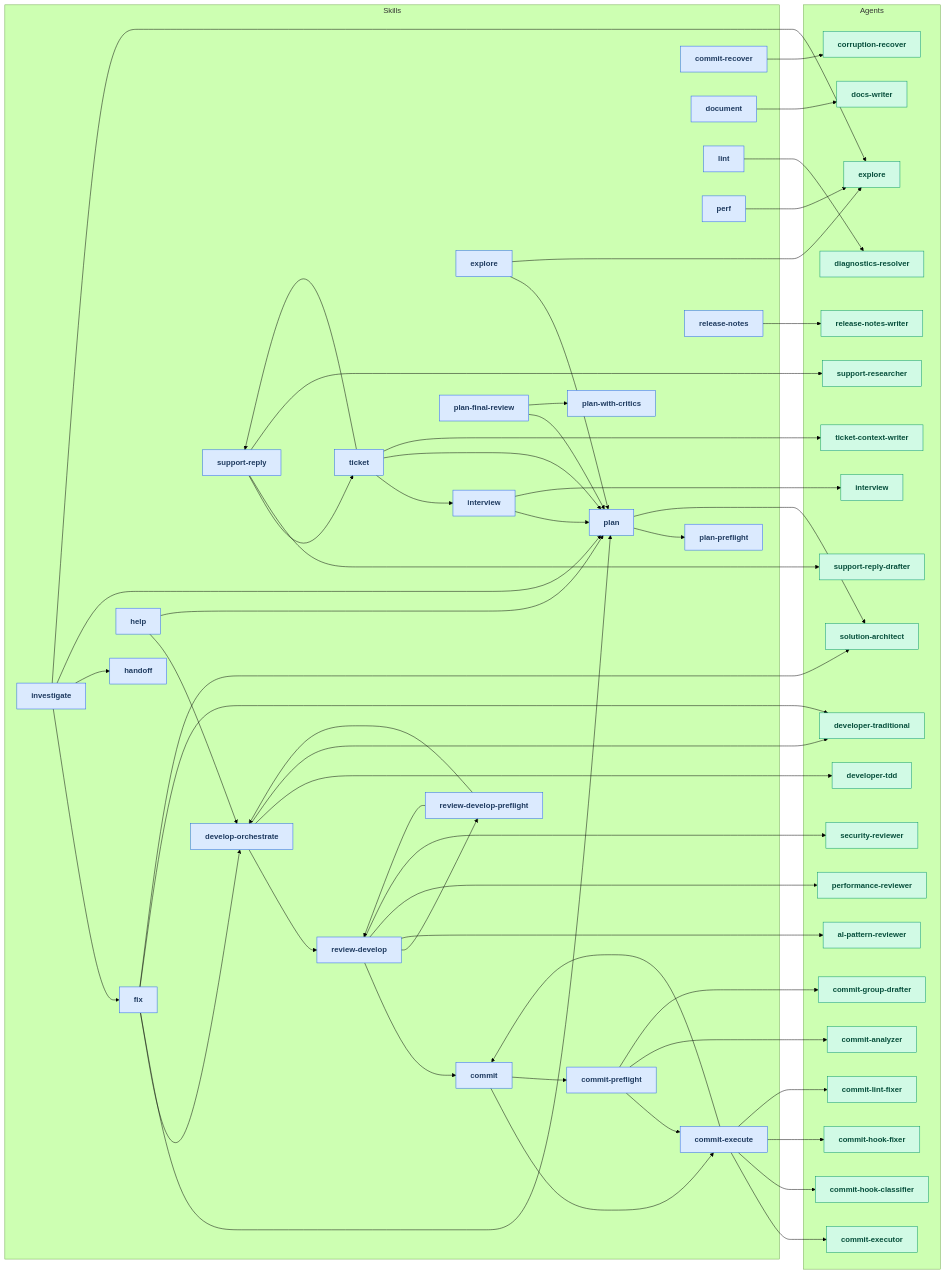
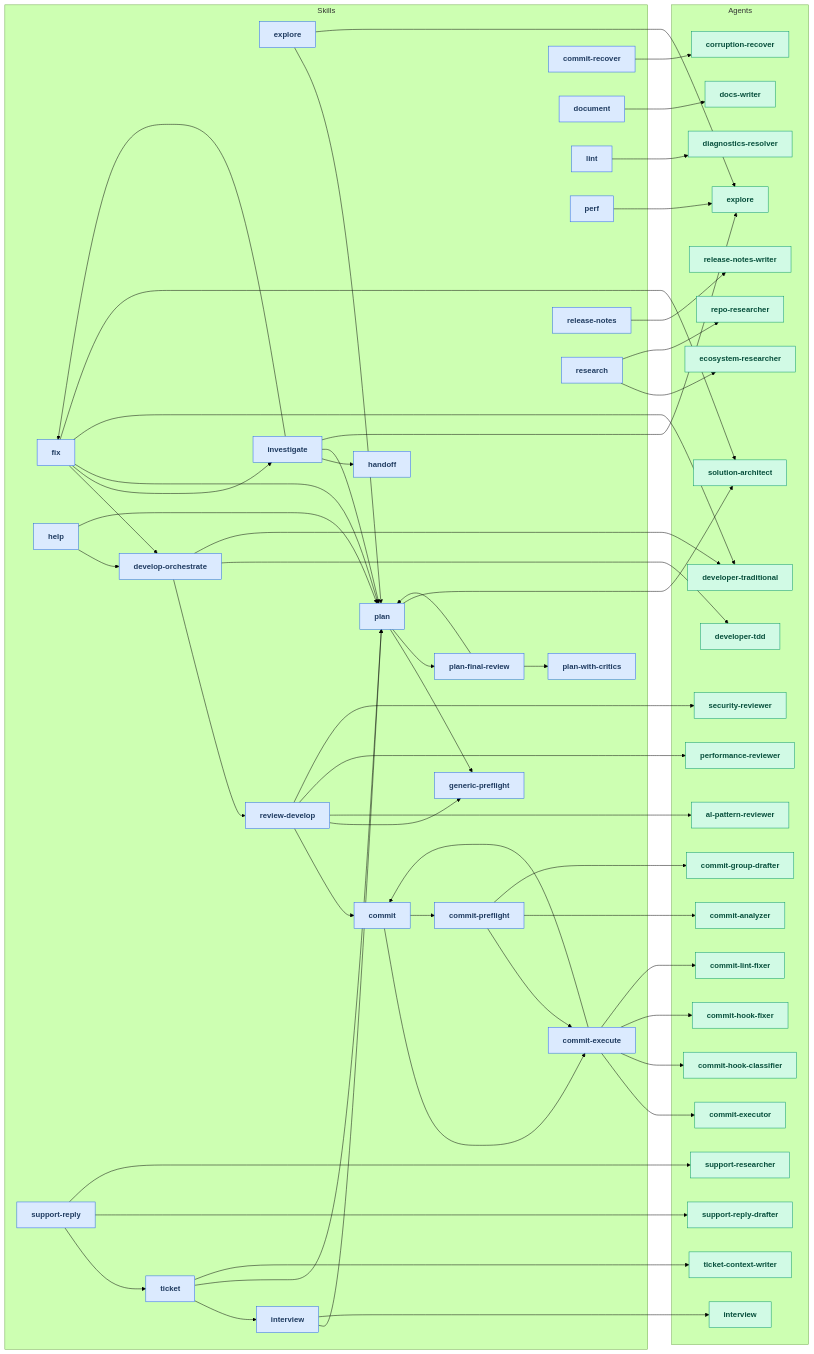
The first of 2 diagrams in docs/workflow_diagrams.md (russell-laing/al-dev-shared), drawn with Mermaid (forest theme) before and after one commit. The commit also changed other lines of this file and 4 other files, not shown here.

```diff
--- a/docs/workflow_diagrams.md
+++ b/docs/workflow_diagrams.md
@@ -20,6 +20,7 @@
         skill_document[document]
         skill_explore[explore]
         skill_fix[fix]
+        skill_generic_preflight[generic-preflight]
         skill_handoff[handoff]
         skill_help[help]
         skill_interview[interview]
@@ -28,11 +29,10 @@
         skill_perf[perf]
         skill_plan[plan]
         skill_plan_final_review[plan-final-review]
-        skill_plan_preflight[plan-preflight]
         skill_plan_with_critics[plan-with-critics]
         skill_release_notes[release-notes]
+        skill_research[research]
         skill_review_develop[review-develop]
-        skill_review_develop_preflight[review-develop-preflight]
         skill_support_reply[support-reply]
         skill_ticket[ticket]
     end
@@ -49,10 +49,12 @@
         agent_developer_traditional[developer-traditional]
         agent_diagnostics_resolver[diagnostics-resolver]
         agent_docs_writer[docs-writer]
+        agent_ecosystem_researcher[ecosystem-researcher]
         agent_explore[explore]
         agent_interview[interview]
         agent_performance_reviewer[performance-reviewer]
         agent_release_notes_writer[release-notes-writer]
+        agent_repo_researcher[repo-researcher]
         agent_security_reviewer[security-reviewer]
         agent_solution_architect[solution-architect]
         agent_support_reply_drafter[support-reply-drafter]
@@ -67,6 +69,7 @@
     skill_develop_orchestrate --> skill_review_develop
     skill_explore --> skill_plan
     skill_fix --> skill_develop_orchestrate
+    skill_fix --> skill_investigate
     skill_fix --> skill_plan
     skill_help --> skill_develop_orchestrate
     skill_help --> skill_plan
@@ -74,17 +77,15 @@
     skill_investigate --> skill_fix
     skill_investigate --> skill_handoff
     skill_investigate --> skill_plan
-    skill_plan --> skill_plan_preflight
+    skill_plan --> skill_generic_preflight
+    skill_plan --> skill_plan_final_review
     skill_plan_final_review --> skill_plan
     skill_plan_final_review --> skill_plan_with_critics
     skill_review_develop --> skill_commit
-    skill_review_develop --> skill_review_develop_preflight
-    skill_review_develop_preflight --> skill_develop_orchestrate
-    skill_review_develop_preflight --> skill_review_develop
+    skill_review_develop --> skill_generic_preflight
     skill_support_reply --> skill_ticket
     skill_ticket --> skill_interview
     skill_ticket --> skill_plan
-    skill_ticket --> skill_support_reply
     skill_commit_execute --> agent_commit_executor
     skill_commit_execute --> agent_commit_hook_classifier
     skill_commit_execute --> agent_commit_hook_fixer
@@ -104,6 +105,8 @@
     skill_perf --> agent_explore
     skill_plan --> agent_solution_architect
     skill_release_notes --> agent_release_notes_writer
+    skill_research --> agent_ecosystem_researcher
+    skill_research --> agent_repo_researcher
     skill_review_develop --> agent_al_pattern_reviewer
     skill_review_develop --> agent_performance_reviewer
     skill_review_develop --> agent_security_reviewer
@@ -119,6 +122,7 @@
     class skill_document skillNode
     class skill_explore skillNode
     class skill_fix skillNode
+    class skill_generic_preflight skillNode
     class skill_handoff skillNode
     class skill_help skillNode
     class skill_interview skillNode
@@ -127,11 +131,10 @@
     class skill_perf skillNode
     class skill_plan skillNode
     class skill_plan_final_review skillNode
-    class skill_plan_preflight skillNode
     class skill_plan_with_critics skillNode
     class skill_release_notes skillNode
+    class skill_research skillNode
     class skill_review_develop skillNode
-    class skill_review_develop_preflight skillNode
     class skill_support_reply skillNode
     class skill_ticket skillNode
     class agent_al_pattern_reviewer agentNode
@@ -146,10 +149,12 @@
     class agent_developer_traditional agentNode
     class agent_diagnostics_resolver agentNode
     class agent_docs_writer agentNode
+    class agent_ecosystem_researcher agentNode
     class agent_explore agentNode
     class agent_interview agentNode
     class agent_performance_reviewer agentNode
     class agent_release_notes_writer agentNode
+    class agent_repo_researcher agentNode
     class agent_security_reviewer agentNode
     class agent_solution_architect agentNode
     class agent_support_reply_drafter agentNode
```
